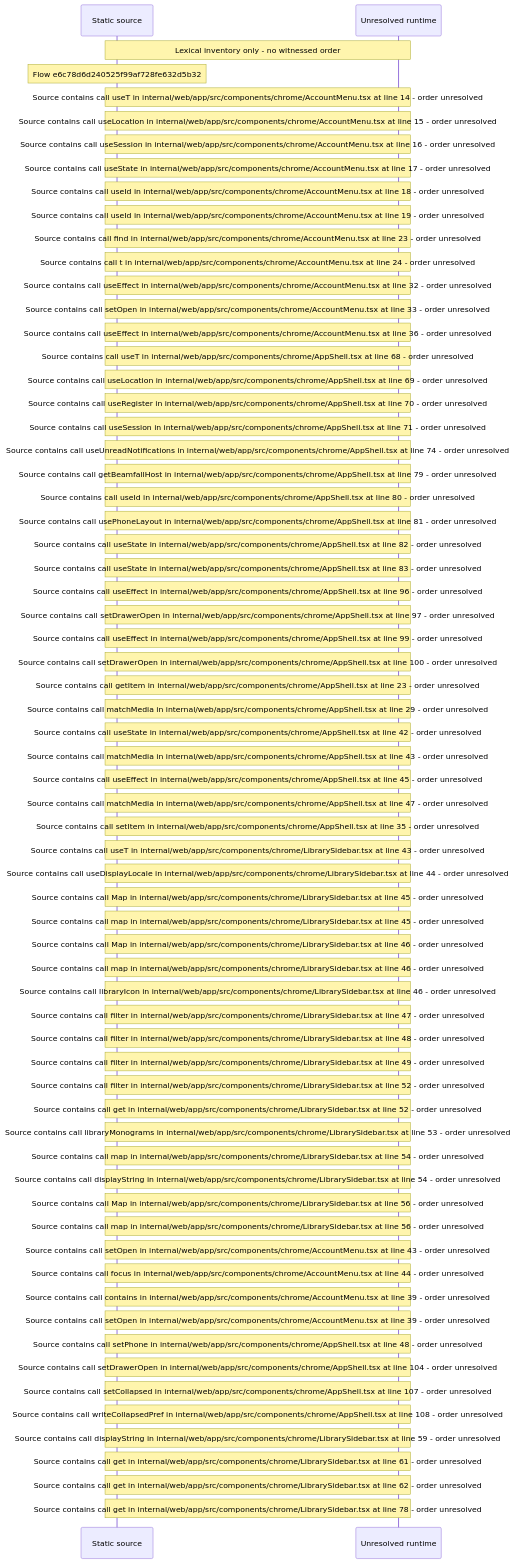
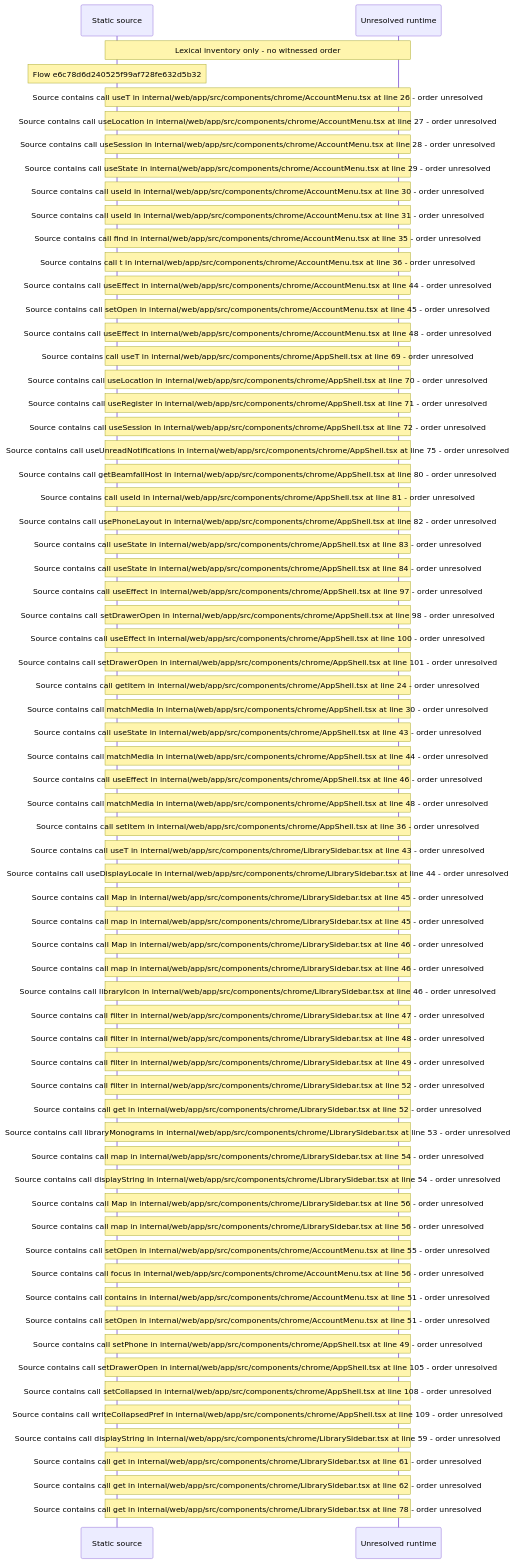
One commit to beamfall/core changed the diagram in docs/web/flows/generated/e6c78d6d240525f99af728fe632d5b32/flow-diagram.md. Above: the diagram before and after it, drawn with Mermaid. The commit also changed other lines of this file and 714 other files, not shown here.

Commit message:
Regenerate the web flow record after the second main merge (CORE-1762)

````diff
--- a/docs/web/flows/generated/e6c78d6d240525f99af728fe632d5b32/flow-diagram.md
+++ b/docs/web/flows/generated/e6c78d6d240525f99af728fe632d5b32/flow-diagram.md
@@ -10,68 +10,68 @@
 ```mermaid
 sequenceDiagram
     participant S as Static source
     participant U as Unresolved runtime
     Note over S,U: Lexical inventory only - no witnessed order
     Note over S: Flow e6c78d6d240525f99af728fe632d5b32
-    Note over S,U: Source contains call useT in internal/web/app/src/components/chrome/AccountMenu.tsx at line 14 - order unresolved
-    Note over S,U: Source contains call useLocation in internal/web/app/src/components/chrome/AccountMenu.tsx at line 15 - order unresolved
-    Note over S,U: Source contains call useSession in internal/web/app/src/components/chrome/AccountMenu.tsx at line 16 - order unresolved
-    Note over S,U: Source contains call useState in internal/web/app/src/components/chrome/AccountMenu.tsx at line 17 - order unresolved
-    Note over S,U: Source contains call useId in internal/web/app/src/components/chrome/AccountMenu.tsx at line 18 - order unresolved
-    Note over S,U: Source contains call useId in internal/web/app/src/components/chrome/AccountMenu.tsx at line 19 - order unresolved
-    Note over S,U: Source contains call find in internal/web/app/src/components/chrome/AccountMenu.tsx at line 23 - order unresolved
-    Note over S,U: Source contains call t in internal/web/app/src/components/chrome/AccountMenu.tsx at line 24 - order unresolved
-    Note over S,U: Source contains call useEffect in internal/web/app/src/components/chrome/AccountMenu.tsx at line 32 - order unresolved
-    Note over S,U: Source contains call setOpen in internal/web/app/src/components/chrome/AccountMenu.tsx at line 33 - order unresolved
-    Note over S,U: Source contains call useEffect in internal/web/app/src/components/chrome/AccountMenu.tsx at line 36 - order unresolved
-    Note over S,U: Source contains call useT in internal/web/app/src/components/chrome/AppShell.tsx at line 68 - order unresolved
-    Note over S,U: Source contains call useLocation in internal/web/app/src/components/chrome/AppShell.tsx at line 69 - order unresolved
-    Note over S,U: Source contains call useRegister in internal/web/app/src/components/chrome/AppShell.tsx at line 70 - order unresolved
-    Note over S,U: Source contains call useSession in internal/web/app/src/components/chrome/AppShell.tsx at line 71 - order unresolved
-    Note over S,U: Source contains call useUnreadNotifications in internal/web/app/src/components/chrome/AppShell.tsx at line 74 - order unresolved
-    Note over S,U: Source contains call getBeamfallHost in internal/web/app/src/components/chrome/AppShell.tsx at line 79 - order unresolved
-    Note over S,U: Source contains call useId in internal/web/app/src/components/chrome/AppShell.tsx at line 80 - order unresolved
-    Note over S,U: Source contains call usePhoneLayout in internal/web/app/src/components/chrome/AppShell.tsx at line 81 - order unresolved
-    Note over S,U: Source contains call useState in internal/web/app/src/components/chrome/AppShell.tsx at line 82 - order unresolved
+    Note over S,U: Source contains call useT in internal/web/app/src/components/chrome/AccountMenu.tsx at line 26 - order unresolved
+    Note over S,U: Source contains call useLocation in internal/web/app/src/components/chrome/AccountMenu.tsx at line 27 - order unresolved
+    Note over S,U: Source contains call useSession in internal/web/app/src/components/chrome/AccountMenu.tsx at line 28 - order unresolved
+    Note over S,U: Source contains call useState in internal/web/app/src/components/chrome/AccountMenu.tsx at line 29 - order unresolved
+    Note over S,U: Source contains call useId in internal/web/app/src/components/chrome/AccountMenu.tsx at line 30 - order unresolved
+    Note over S,U: Source contains call useId in internal/web/app/src/components/chrome/AccountMenu.tsx at line 31 - order unresolved
+    Note over S,U: Source contains call find in internal/web/app/src/components/chrome/AccountMenu.tsx at line 35 - order unresolved
+    Note over S,U: Source contains call t in internal/web/app/src/components/chrome/AccountMenu.tsx at line 36 - order unresolved
+    Note over S,U: Source contains call useEffect in internal/web/app/src/components/chrome/AccountMenu.tsx at line 44 - order unresolved
+    Note over S,U: Source contains call setOpen in internal/web/app/src/components/chrome/AccountMenu.tsx at line 45 - order unresolved
+    Note over S,U: Source contains call useEffect in internal/web/app/src/components/chrome/AccountMenu.tsx at line 48 - order unresolved
+    Note over S,U: Source contains call useT in internal/web/app/src/components/chrome/AppShell.tsx at line 69 - order unresolved
+    Note over S,U: Source contains call useLocation in internal/web/app/src/components/chrome/AppShell.tsx at line 70 - order unresolved
+    Note over S,U: Source contains call useRegister in internal/web/app/src/components/chrome/AppShell.tsx at line 71 - order unresolved
+    Note over S,U: Source contains call useSession in internal/web/app/src/components/chrome/AppShell.tsx at line 72 - order unresolved
+    Note over S,U: Source contains call useUnreadNotifications in internal/web/app/src/components/chrome/AppShell.tsx at line 75 - order unresolved
+    Note over S,U: Source contains call getBeamfallHost in internal/web/app/src/components/chrome/AppShell.tsx at line 80 - order unresolved
+    Note over S,U: Source contains call useId in internal/web/app/src/components/chrome/AppShell.tsx at line 81 - order unresolved
+    Note over S,U: Source contains call usePhoneLayout in internal/web/app/src/components/chrome/AppShell.tsx at line 82 - order unresolved
     Note over S,U: Source contains call useState in internal/web/app/src/components/chrome/AppShell.tsx at line 83 - order unresolved
-    Note over S,U: Source contains call useEffect in internal/web/app/src/components/chrome/AppShell.tsx at line 96 - order unresolved
-    Note over S,U: Source contains call setDrawerOpen in internal/web/app/src/components/chrome/AppShell.tsx at line 97 - order unresolved
-    Note over S,U: Source contains call useEffect in internal/web/app/src/components/chrome/AppShell.tsx at line 99 - order unresolved
-    Note over S,U: Source contains call setDrawerOpen in internal/web/app/src/components/chrome/AppShell.tsx at line 100 - order unresolved
-    Note over S,U: Source contains call getItem in internal/web/app/src/components/chrome/AppShell.tsx at line 23 - order unresolved
-    Note over S,U: Source contains call matchMedia in internal/web/app/src/components/chrome/AppShell.tsx at line 29 - order unresolved
-    Note over S,U: Source contains call useState in internal/web/app/src/components/chrome/AppShell.tsx at line 42 - order unresolved
-    Note over S,U: Source contains call matchMedia in internal/web/app/src/components/chrome/AppShell.tsx at line 43 - order unresolved
-    Note over S,U: Source contains call useEffect in internal/web/app/src/components/chrome/AppShell.tsx at line 45 - order unresolved
-    Note over S,U: Source contains call matchMedia in internal/web/app/src/components/chrome/AppShell.tsx at line 47 - order unresolved
-    Note over S,U: Source contains call setItem in internal/web/app/src/components/chrome/AppShell.tsx at line 35 - order unresolved
+    Note over S,U: Source contains call useState in internal/web/app/src/components/chrome/AppShell.tsx at line 84 - order unresolved
+    Note over S,U: Source contains call useEffect in internal/web/app/src/components/chrome/AppShell.tsx at line 97 - order unresolved
+    Note over S,U: Source contains call setDrawerOpen in internal/web/app/src/components/chrome/AppShell.tsx at line 98 - order unresolved
+    Note over S,U: Source contains call useEffect in internal/web/app/src/components/chrome/AppShell.tsx at line 100 - order unresolved
+    Note over S,U: Source contains call setDrawerOpen in internal/web/app/src/components/chrome/AppShell.tsx at line 101 - order unresolved
+    Note over S,U: Source contains call getItem in internal/web/app/src/components/chrome/AppShell.tsx at line 24 - order unresolved
+    Note over S,U: Source contains call matchMedia in internal/web/app/src/components/chrome/AppShell.tsx at line 30 - order unresolved
+    Note over S,U: Source contains call useState in internal/web/app/src/components/chrome/AppShell.tsx at line 43 - order unresolved
+    Note over S,U: Source contains call matchMedia in internal/web/app/src/components/chrome/AppShell.tsx at line 44 - order unresolved
+    Note over S,U: Source contains call useEffect in internal/web/app/src/components/chrome/AppShell.tsx at line 46 - order unresolved
+    Note over S,U: Source contains call matchMedia in internal/web/app/src/components/chrome/AppShell.tsx at line 48 - order unresolved
+    Note over S,U: Source contains call setItem in internal/web/app/src/components/chrome/AppShell.tsx at line 36 - order unresolved
     Note over S,U: Source contains call useT in internal/web/app/src/components/chrome/LibrarySidebar.tsx at line 43 - order unresolved
     Note over S,U: Source contains call useDisplayLocale in internal/web/app/src/components/chrome/LibrarySidebar.tsx at line 44 - order unresolved
     Note over S,U: Source contains call Map in internal/web/app/src/components/chrome/LibrarySidebar.tsx at line 45 - order unresolved
     Note over S,U: Source contains call map in internal/web/app/src/components/chrome/LibrarySidebar.tsx at line 45 - order unresolved
     Note over S,U: Source contains call Map in internal/web/app/src/components/chrome/LibrarySidebar.tsx at line 46 - order unresolved
     Note over S,U: Source contains call map in internal/web/app/src/components/chrome/LibrarySidebar.tsx at line 46 - order unresolved
     Note over S,U: Source contains call libraryIcon in internal/web/app/src/components/chrome/LibrarySidebar.tsx at line 46 - order unresolved
     Note over S,U: Source contains call filter in internal/web/app/src/components/chrome/LibrarySidebar.tsx at line 47 - order unresolved
     Note over S,U: Source contains call filter in internal/web/app/src/components/chrome/LibrarySidebar.tsx at line 48 - order unresolved
     Note over S,U: Source contains call filter in internal/web/app/src/components/chrome/LibrarySidebar.tsx at line 49 - order unresolved
     Note over S,U: Source contains call filter in internal/web/app/src/components/chrome/LibrarySidebar.tsx at line 52 - order unresolved
     Note over S,U: Source contains call get in internal/web/app/src/components/chrome/LibrarySidebar.tsx at line 52 - order unresolved
     Note over S,U: Source contains call libraryMonograms in internal/web/app/src/components/chrome/LibrarySidebar.tsx at line 53 - order unresolved
     Note over S,U: Source contains call map in internal/web/app/src/components/chrome/LibrarySidebar.tsx at line 54 - order unresolved
     Note over S,U: Source contains call displayString in internal/web/app/src/components/chrome/LibrarySidebar.tsx at line 54 - order unresolved
     Note over S,U: Source contains call Map in internal/web/app/src/components/chrome/LibrarySidebar.tsx at line 56 - order unresolved
     Note over S,U: Source contains call map in internal/web/app/src/components/chrome/LibrarySidebar.tsx at line 56 - order unresolved
-    Note over S,U: Source contains call setOpen in internal/web/app/src/components/chrome/AccountMenu.tsx at line 43 - order unresolved
-    Note over S,U: Source contains call focus in internal/web/app/src/components/chrome/AccountMenu.tsx at line 44 - order unresolved
-    Note over S,U: Source contains call contains in internal/web/app/src/components/chrome/AccountMenu.tsx at line 39 - order unresolved
-    Note over S,U: Source contains call setOpen in internal/web/app/src/components/chrome/AccountMenu.tsx at line 39 - order unresolved
-    Note over S,U: Source contains call setPhone in internal/web/app/src/components/chrome/AppShell.tsx at line 48 - order unresolved
-    Note over S,U: Source contains call setDrawerOpen in internal/web/app/src/components/chrome/AppShell.tsx at line 104 - order unresolved
-    Note over S,U: Source contains call setCollapsed in internal/web/app/src/components/chrome/AppShell.tsx at line 107 - order unresolved
-    Note over S,U: Source contains call writeCollapsedPref in internal/web/app/src/components/chrome/AppShell.tsx at line 108 - order unresolved
+    Note over S,U: Source contains call setOpen in internal/web/app/src/components/chrome/AccountMenu.tsx at line 55 - order unresolved
+    Note over S,U: Source contains call focus in internal/web/app/src/components/chrome/AccountMenu.tsx at line 56 - order unresolved
+    Note over S,U: Source contains call contains in internal/web/app/src/components/chrome/AccountMenu.tsx at line 51 - order unresolved
+    Note over S,U: Source contains call setOpen in internal/web/app/src/components/chrome/AccountMenu.tsx at line 51 - order unresolved
+    Note over S,U: Source contains call setPhone in internal/web/app/src/components/chrome/AppShell.tsx at line 49 - order unresolved
+    Note over S,U: Source contains call setDrawerOpen in internal/web/app/src/components/chrome/AppShell.tsx at line 105 - order unresolved
+    Note over S,U: Source contains call setCollapsed in internal/web/app/src/components/chrome/AppShell.tsx at line 108 - order unresolved
+    Note over S,U: Source contains call writeCollapsedPref in internal/web/app/src/components/chrome/AppShell.tsx at line 109 - order unresolved
     Note over S,U: Source contains call displayString in internal/web/app/src/components/chrome/LibrarySidebar.tsx at line 59 - order unresolved
     Note over S,U: Source contains call get in internal/web/app/src/components/chrome/LibrarySidebar.tsx at line 61 - order unresolved
     Note over S,U: Source contains call get in internal/web/app/src/components/chrome/LibrarySidebar.tsx at line 62 - order unresolved
     Note over S,U: Source contains call get in internal/web/app/src/components/chrome/LibrarySidebar.tsx at line 78 - order unresolved
 ```
````
